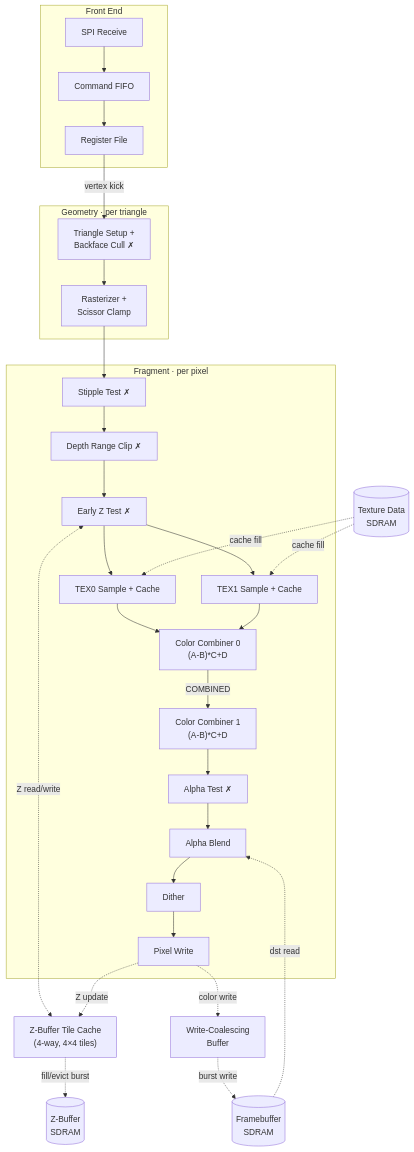
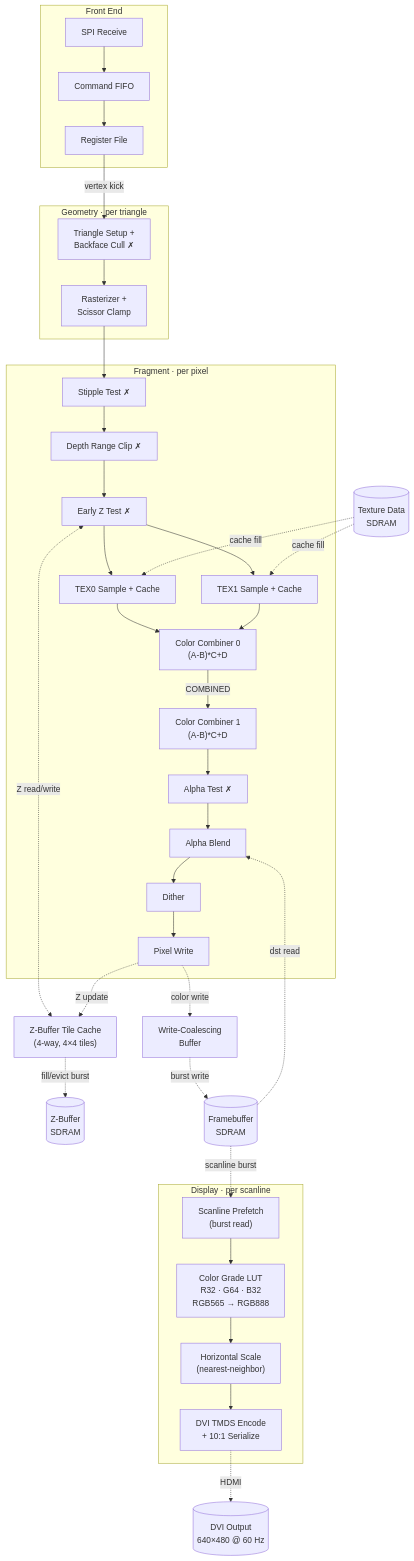
The first of 2 diagrams in ARCHITECTURE.md (londey/pico-gs), drawn with Mermaid before and after one commit. The commit also changed other lines of this file, not shown here.

Commit message:
fix: Update fragment pipeline description to reflect DVI output and enhance display controller details

````diff
--- a/ARCHITECTURE.md
+++ b/ARCHITECTURE.md
@@ -65,45 +65,56 @@
 ```mermaid
 flowchart TD
     subgraph front["Front End"]
         SPI["SPI Receive"] --> FIFO["Command FIFO"] --> REG["Register File"]
     end
 
     subgraph geom["Geometry · per triangle"]
         SETUP["Triangle Setup +<br/>Backface Cull ✗"] --> RAST["Rasterizer +<br/>Scissor Clamp"]
     end
 
     subgraph frag["Fragment · per pixel"]
         STIP["Stipple Test ✗"]
         ZRC["Depth Range Clip ✗"]
         EZ["Early Z Test ✗"]
         TEX0["TEX0 Sample + Cache"]
         TEX1["TEX1 Sample + Cache"]
         CC0["Color Combiner 0<br/>(A-B)*C+D"]
         CC1["Color Combiner 1<br/>(A-B)*C+D"]
         AT["Alpha Test ✗"]
         AB["Alpha Blend"]
         DITH["Dither"]
         PW["Pixel Write"]
         STIP --> ZRC --> EZ --> TEX0 --> CC0
         EZ --> TEX1 --> CC0
         CC0 -- "COMBINED" --> CC1 --> AT --> AB --> DITH --> PW
     end
 
     REG -- "vertex kick" --> SETUP
     RAST --> STIP
 
     ZCACHE["Z-Buffer Tile Cache<br/>(4-way, 4×4 tiles)"]
     WBUF["Write-Coalescing<br/>Buffer"]
     ZBUF[("Z-Buffer<br/>SDRAM")]
     TEXMEM[("Texture Data<br/>SDRAM")]
     FB[("Framebuffer<br/>SDRAM")]
 
     EZ <-. "Z read/write" .-> ZCACHE
     PW -. "Z update" .-> ZCACHE
     ZCACHE -. "fill/evict burst" .-> ZBUF
     TEXMEM -. "cache fill" .-> TEX0
     TEXMEM -. "cache fill" .-> TEX1
     FB -. "dst read" .-> AB
     PW -. "color write" .-> WBUF
     WBUF -. "burst write" .-> FB
+
+    subgraph display["Display · per scanline"]
+        SCAN["Scanline Prefetch<br/>(burst read)"]
+        CLUT["Color Grade LUT<br/>R32 · G64 · B32<br/>RGB565 → RGB888"]
+        HSCALE["Horizontal Scale<br/>(nearest-neighbor)"]
+        TMDS["DVI TMDS Encode<br/>+ 10:1 Serialize"]
+        SCAN --> CLUT --> HSCALE --> TMDS
+    end
+
+    FB -. "scanline burst" .-> SCAN
+    TMDS -. "HDMI" .-> HDMI[("DVI Output<br/>640×480 @ 60 Hz")]
 ```
````
